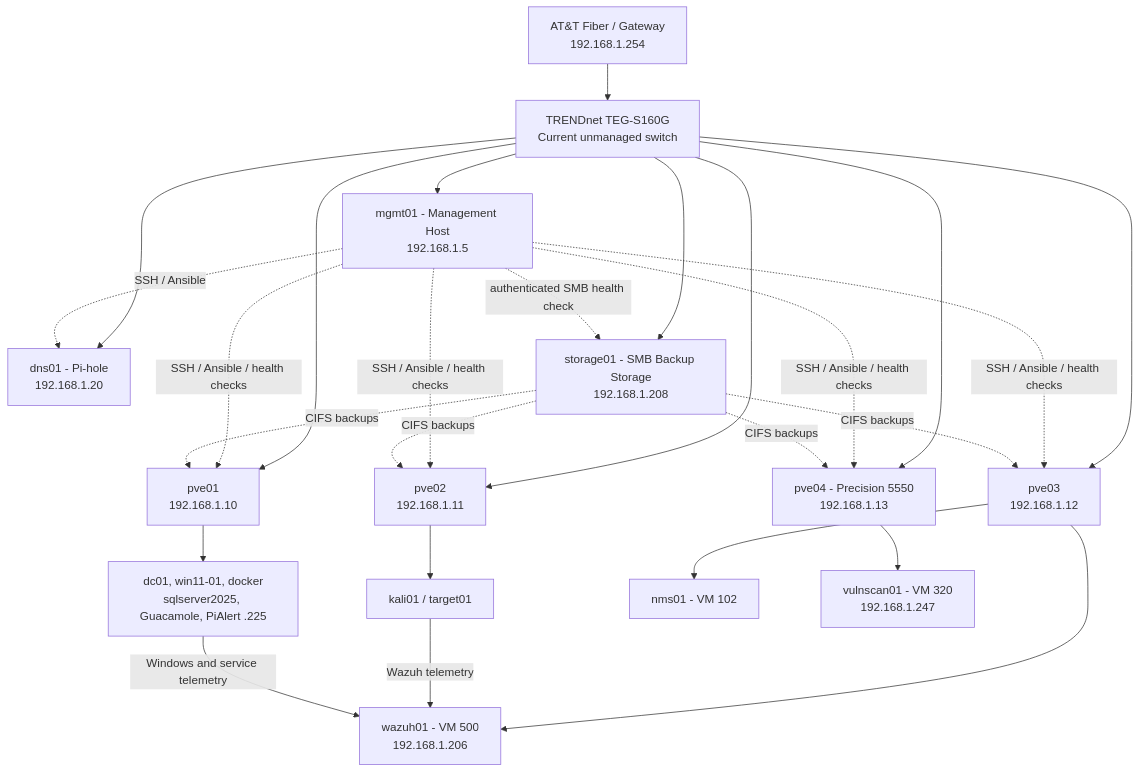
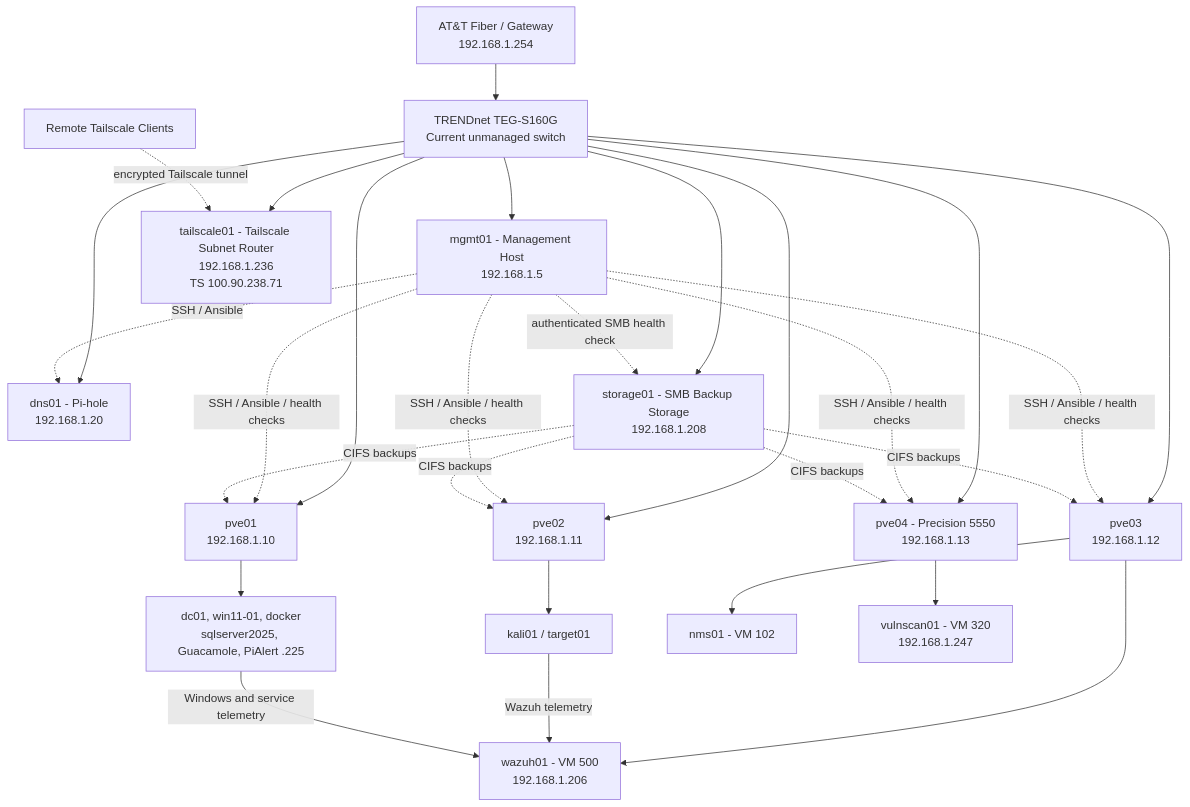
Before and after one commit to jatkins679/SOC-NOC-Homelab: the diagram in diagrams/current-architecture.md, drawn with Mermaid. The commit also changed other lines of this file and 1 other file, not shown here.

Commit message:
Document Tailscale subnet router

````diff
--- a/diagrams/current-architecture.md
+++ b/diagrams/current-architecture.md
@@ -5,33 +5,37 @@
 ```mermaid
 flowchart TB
     WAN["AT&T Fiber / Gateway\n192.168.1.254"] --> SW["TRENDnet TEG-S160G\nCurrent unmanaged switch"]
 
     SW --> PVE1["pve01\n192.168.1.10"]
     SW --> PVE2["pve02\n192.168.1.11"]
     SW --> PVE3["pve03\n192.168.1.12"]
     SW --> PVE4["pve04 - Precision 5550\n192.168.1.13"]
     SW --> MGMT["mgmt01 - Management Host\n192.168.1.5"]
     SW --> DNS["dns01 - Pi-hole\n192.168.1.20"]
+
+    SW --> TAILSCALE["tailscale01 - Tailscale Subnet Router\n192.168.1.236\nTS 100.90.238.71"]
+
+    REMOTE["Remote Tailscale Clients"] -. "encrypted Tailscale tunnel" .-> TAILSCALE
     SW --> STORAGE["storage01 - SMB Backup Storage\n192.168.1.208"]
 
     MGMT -. "SSH / Ansible / health checks" .-> PVE1
     MGMT -. "SSH / Ansible / health checks" .-> PVE2
     MGMT -. "SSH / Ansible / health checks" .-> PVE3
     MGMT -. "SSH / Ansible / health checks" .-> PVE4
     MGMT -. "SSH / Ansible" .-> DNS
     MGMT -. "authenticated SMB health check" .-> STORAGE
 
     PVE1 --> PVE1WORK["dc01, win11-01, docker\nsqlserver2025, Guacamole, PiAlert .225"]
     PVE2 --> PVE2WORK["kali01 / target01"]
     PVE3 --> NMS["nms01 - VM 102"]
     PVE3 --> WAZUH["wazuh01 - VM 500\n192.168.1.206"]
     PVE4 --> VULN["vulnscan01 - VM 320\n192.168.1.247"]
 
     STORAGE -. "CIFS backups" .-> PVE1
     STORAGE -. "CIFS backups" .-> PVE2
     STORAGE -. "CIFS backups" .-> PVE3
     STORAGE -. "CIFS backups" .-> PVE4
 
     PVE2WORK -- "Wazuh telemetry" --> WAZUH
     PVE1WORK -- "Windows and service telemetry" --> WAZUH
 ```
````
